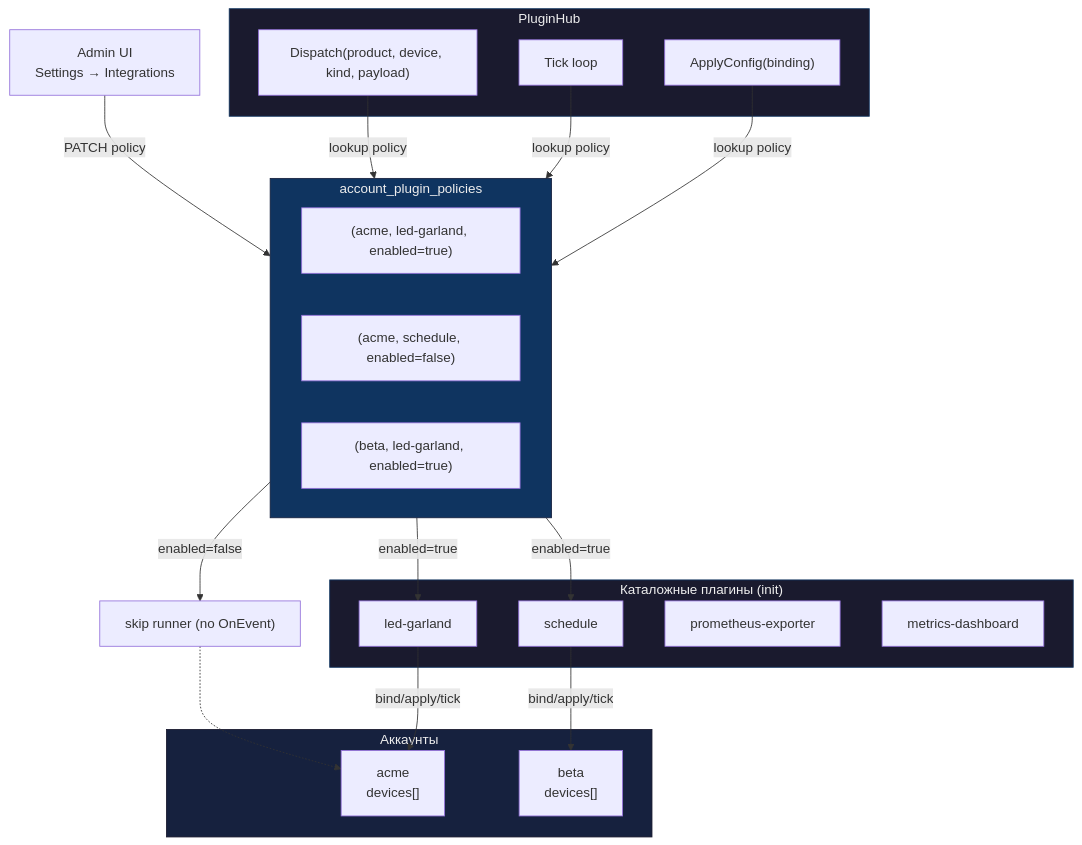
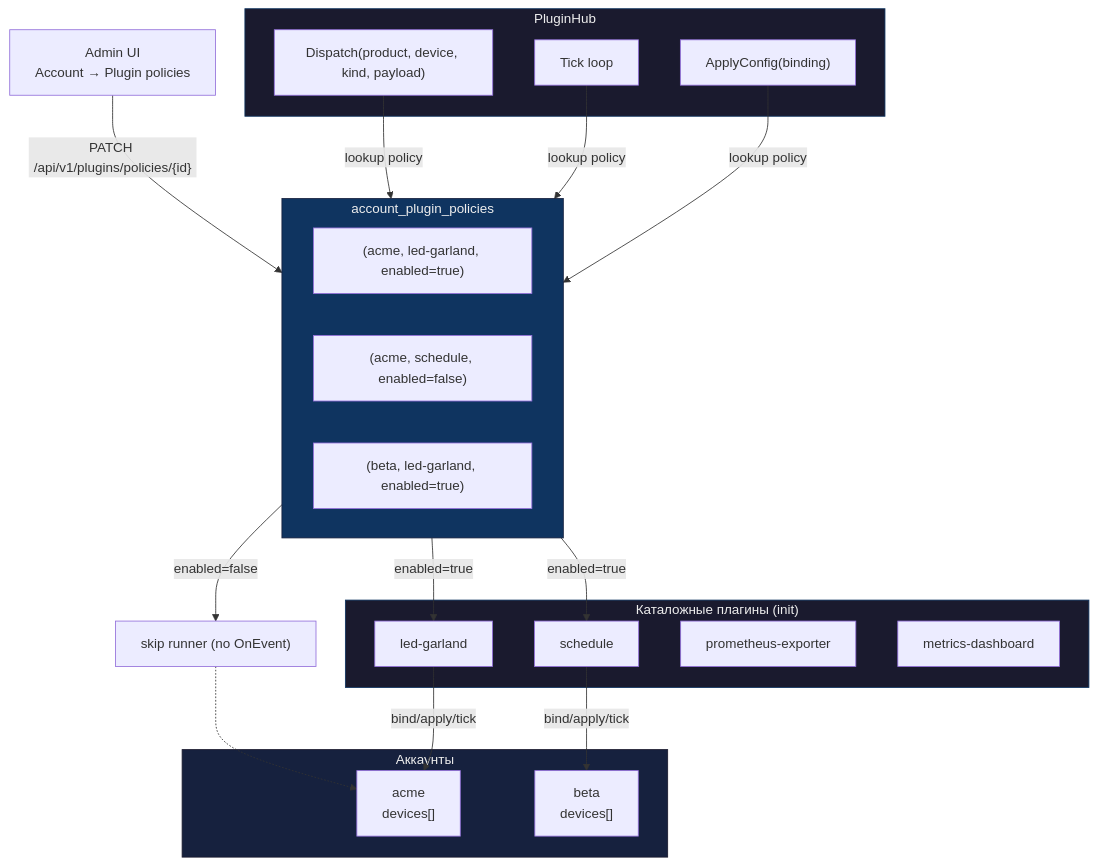
One commit to darvik80/iot-platform-go changed diagram 13 of 20 in docs/ru/14-diagrams.md. Above: the diagram before and after it, drawn with Mermaid. The commit also changed other lines of this file and 81 other files, not shown here.

````diff
--- a/docs/ru/14-diagrams.md
+++ b/docs/ru/14-diagrams.md
@@ -554,46 +568,46 @@
 ```mermaid
 flowchart TB
     subgraph Catalog["Каталожные плагины (init)"]
         LG["led-garland"]
         SCH["schedule"]
         PRO["prometheus-exporter"]
         MD["metrics-dashboard"]
     end
 
     subgraph Policy["account_plugin_policies"]
         T1["(acme, led-garland, enabled=true)"]
         T2["(acme, schedule, enabled=false)"]
         T3["(beta, led-garland, enabled=true)"]
     end
 
     subgraph Hub["PluginHub"]
         D["Dispatch(product, device, kind, payload)"]
         AR["ApplyConfig(binding)"]
         TI["Tick loop"]
     end
 
     subgraph Accounts["Аккаунты"]
         AC1["acme<br/>devices[]"]
         AC2["beta<br/>devices[]"]
     end
 
     AR -->|"lookup policy"| Policy
     TI -->|"lookup policy"| Policy
     D -->|"lookup policy"| Policy
 
     Policy -->|enabled=true| LG
     Policy -->|enabled=true| SCH
     Policy -->|enabled=false| SKIP["skip runner (no OnEvent)"]
 
     LG -->|bind/apply/tick| AC1
     SCH -->|bind/apply/tick| AC2
     SKIP -.-> AC1
 
     %% UI control
-    UI["Admin UI<br/>Settings → Integrations"] -->|"PATCH policy"| Policy
+    UI["Admin UI<br/>Account → Plugin policies"] -->|"PATCH /api/v1/plugins/policies/{id}"| Policy
 
     style Catalog fill:#1a1a2e,stroke:#0f3460,color:#eee
     style Policy fill:#0f3460,stroke:#16213e,color:#eee
     style Hub fill:#1a1a2e,stroke:#0f3460,color:#eee
     style Accounts fill:#16213e,stroke:#1a1a2e,color:#eee
 ```
````
